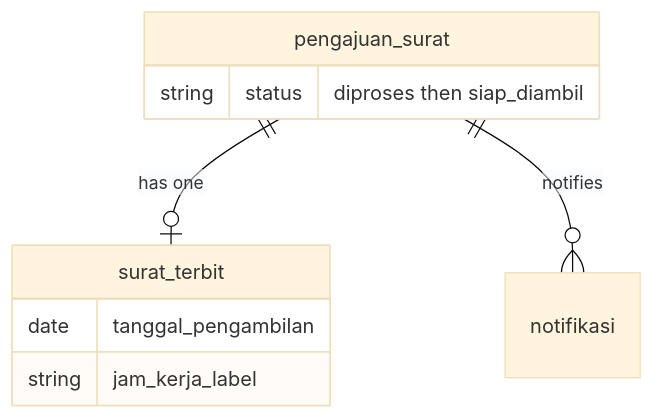
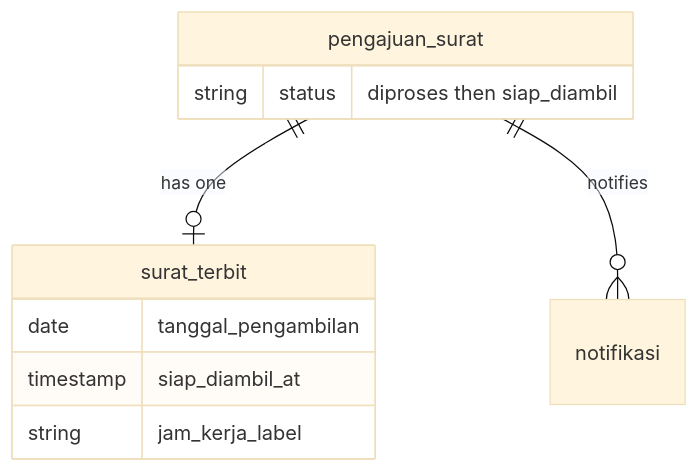
The third of 3 diagrams in docs/dev-docs/features/dokumen-siap-diambil.md (ZulfikarHD/sistem-desa), drawn with Mermaid (base theme) before and after one commit. The commit also changed other lines of this file and 30 other files, not shown here.

First line of the commit message:
feat(surat): tambah halaman Surat Diproses dan Siap Diambil (US-8.5/8.6)

````diff
--- a/docs/dev-docs/features/dokumen-siap-diambil.md
+++ b/docs/dev-docs/features/dokumen-siap-diambil.md
@@ -32,12 +34,13 @@
 ```mermaid
 erDiagram
     pengajuan_surat ||--o| surat_terbit : "has one"
     pengajuan_surat ||--o{ notifikasi : "notifies"
     surat_terbit {
         date tanggal_pengambilan
+        timestamp siap_diambil_at
         string jam_kerja_label
     }
     pengajuan_surat {
         string status "diproses then siap_diambil"
     }
 ```
````
